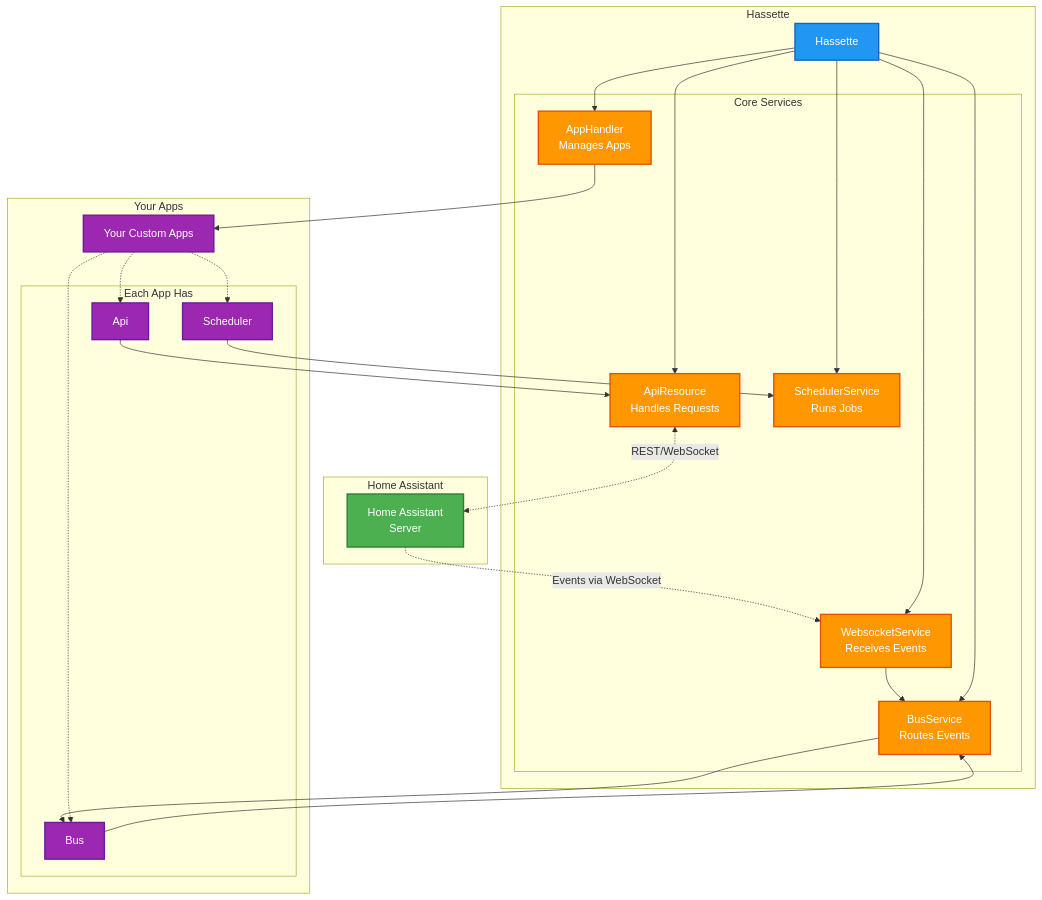
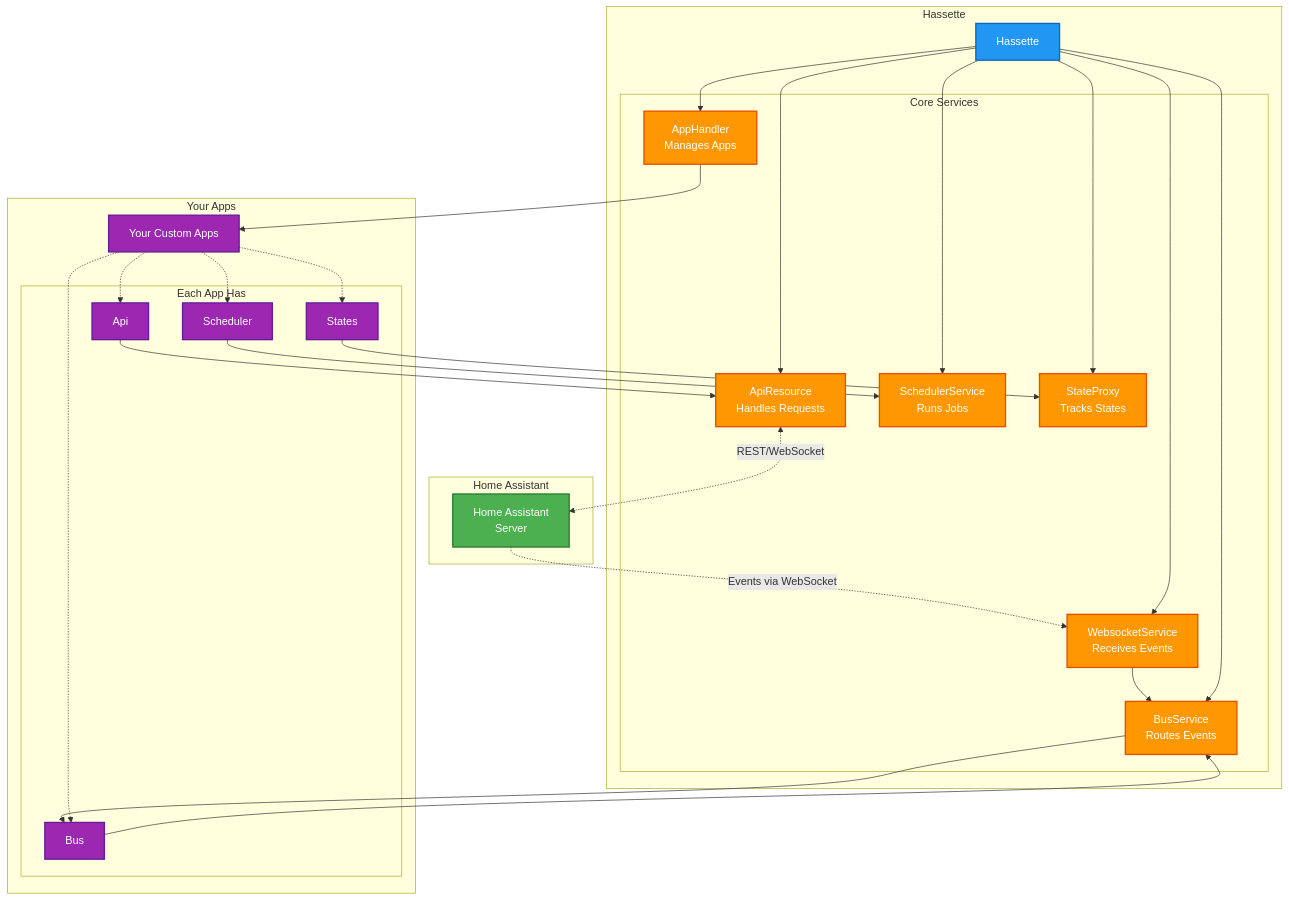
The diagram in docs/pages/core-concepts/index.md (NodeJSmith/hassette), drawn with Mermaid before and after one commit. The commit also changed other lines of this file and 168 other files, not shown here.

````diff
--- a/docs/pages/core-concepts/index.md
+++ b/docs/pages/core-concepts/index.md
@@ -29,60 +29,65 @@
 ```mermaid
 graph TB
     subgraph "Home Assistant"
         HA[Home Assistant<br/>Server]
     end
 
     subgraph "Hassette"
         HASSETTE[Hassette]
 
         subgraph "Core Services"
             WS[WebsocketService<br/>Receives Events]
             API_RES[ApiResource<br/>Handles Requests]
             BUS_SVC[BusService<br/>Routes Events]
             SCHED_SVC[SchedulerService<br/>Runs Jobs]
             APP_HDL[AppHandler<br/>Manages Apps]
+            STATE_PROXY[StateProxy<br/>Tracks States]
         end
     end
 
     subgraph "Your Apps"
         APP1[Your Custom Apps]
 
         subgraph "Each App Has"
             APP_API[Api]
             APP_BUS[Bus]
             APP_SCHED[Scheduler]
+            APP_STATES[States]
         end
     end
 
     HA -.->|Events via WebSocket| WS
     WS --> BUS_SVC
     BUS_SVC --> APP_BUS
 
     HASSETTE --> WS
     HASSETTE --> API_RES
     HASSETTE --> BUS_SVC
     HASSETTE --> SCHED_SVC
     HASSETTE --> APP_HDL
+    HASSETTE --> STATE_PROXY
 
     APP_HDL --> APP1
 
     APP1 -.-> APP_API
     APP1 -.-> APP_BUS
     APP1 -.-> APP_SCHED
+    APP1 -.-> APP_STATES
 
     APP_API --> API_RES
     APP_BUS --> BUS_SVC
     APP_SCHED --> SCHED_SVC
+    APP_STATES --> STATE_PROXY
 
     API_RES <-.->|REST/WebSocket| HA
 
     classDef haStyle fill:#4CAF50,stroke:#2E7D32,stroke-width:2px,color:#fff
     classDef coreStyle fill:#2196F3,stroke:#1565C0,stroke-width:2px,color:#fff
     classDef serviceStyle fill:#FF9800,stroke:#E65100,stroke-width:2px,color:#fff
     classDef appStyle fill:#9C27B0,stroke:#6A1B9A,stroke-width:2px,color:#fff
 
     class HA haStyle
     class HASSETTE coreStyle
-    class WS,API_RES,BUS_SVC,SCHED_SVC,APP_HDL serviceStyle
-    class APP1,APP_API,APP_BUS,APP_SCHED appStyle
+    class WS,API_RES,BUS_SVC,SCHED_SVC,APP_HDL,STATE_PROXY serviceStyle
+    class APP1,APP_API,APP_BUS,APP_SCHED,APP_STATES appStyle
 ```
````
